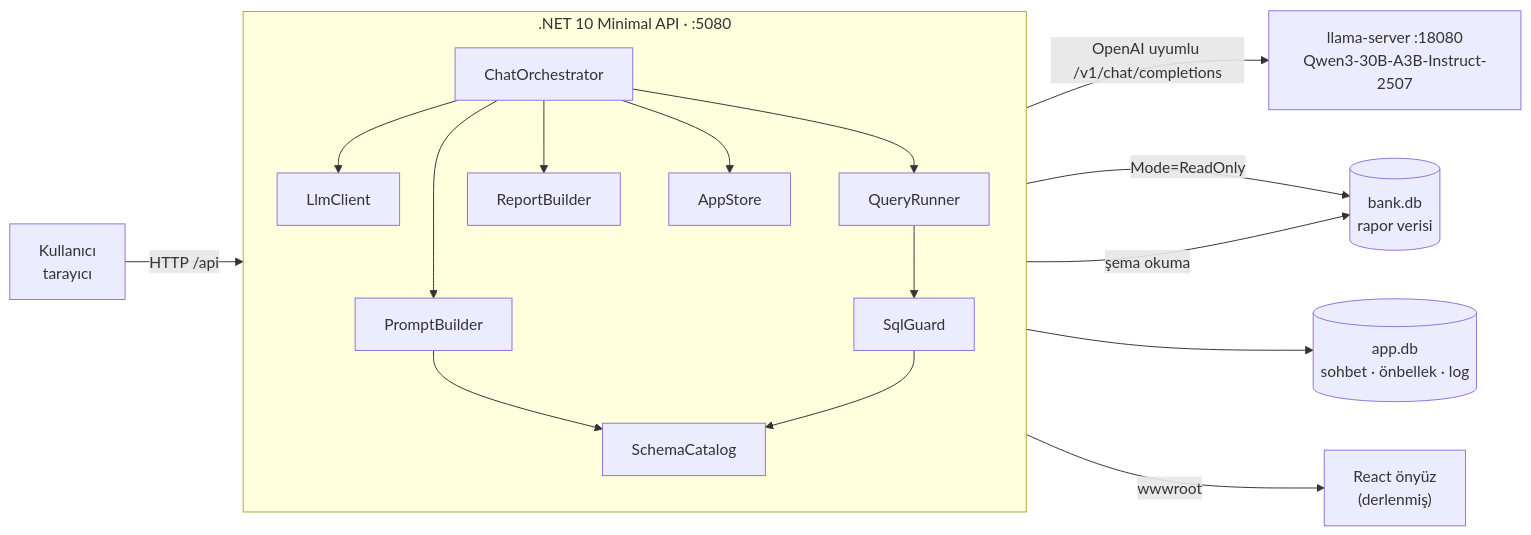
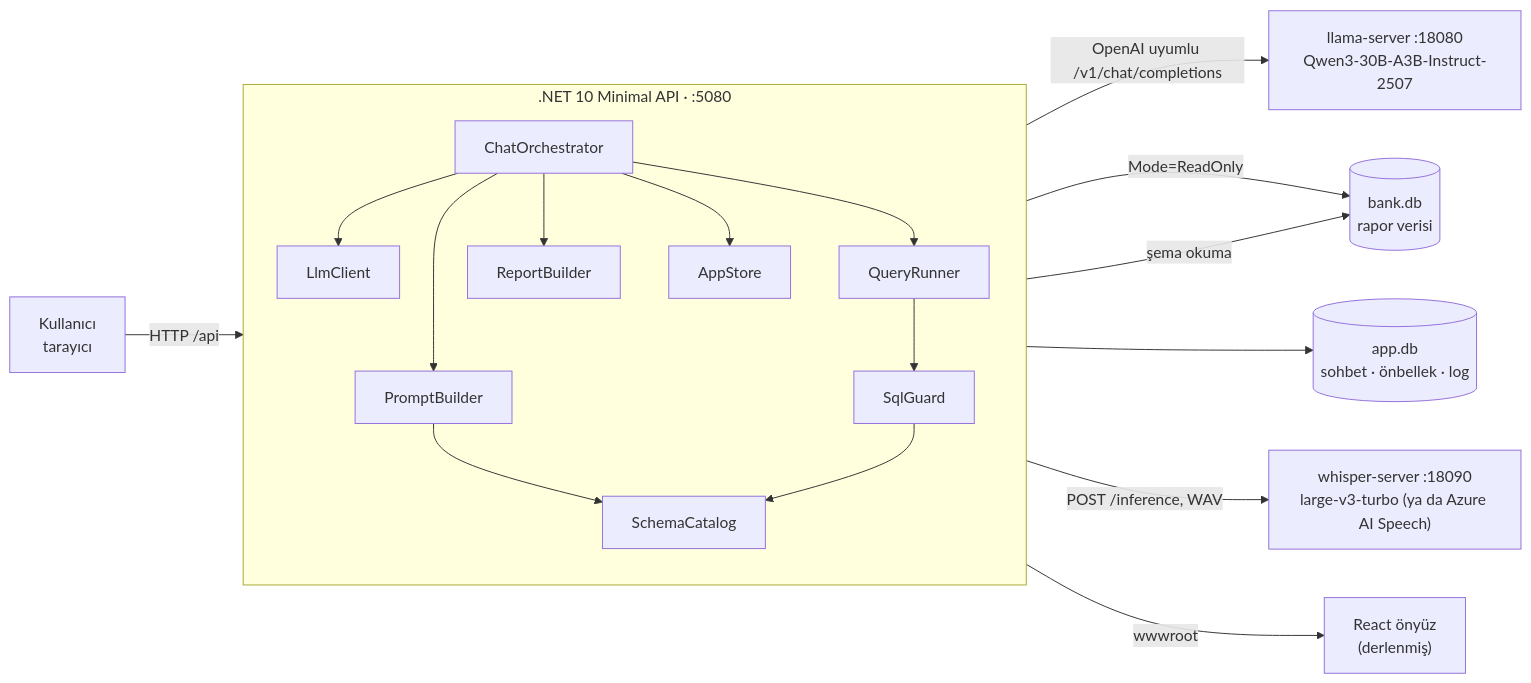
One commit to nevzatalkan/Dialog360 changed the first of 3 diagrams in docs/ARCHITECTURE.md. Above: the diagram before and after it, drawn with Mermaid. The commit also changed other lines of this file and 17 other files, not shown here.

First line of the commit message:
Sesle soru (yerel Whisper / Azure Speech) ve güncel dokümanlar

````diff
--- a/docs/ARCHITECTURE.md
+++ b/docs/ARCHITECTURE.md
@@ -44,26 +44,27 @@
 ```mermaid
 flowchart LR
     U[Kullanıcı<br/>tarayıcı] -->|HTTP /api| API
 
     subgraph API[".NET 10 Minimal API · :5080"]
         direction TB
         ORC[ChatOrchestrator]
         PB[PromptBuilder]
         LLMC[LlmClient]
         GUARD[SqlGuard]
         RUN[QueryRunner]
         RB[ReportBuilder]
         CAT[SchemaCatalog]
         STORE[AppStore]
         ORC --> PB & LLMC & RUN & RB & STORE
         RUN --> GUARD
         PB --> CAT
         GUARD --> CAT
     end
 
+    API -->|POST /inference, WAV| STT["whisper-server :18090<br/>large-v3-turbo (ya da Azure AI Speech)"]
     LLMC -->|OpenAI uyumlu /v1/chat/completions| LLM["llama-server :18080<br/>Qwen3-30B-A3B-Instruct-2507"]
     RUN -->|Mode=ReadOnly| BANK[("bank.db<br/>rapor verisi")]
     CAT -->|şema okuma| BANK
     STORE --> APP[("app.db<br/>sohbet · önbellek · log")]
     API -->|wwwroot| WEB["React önyüz<br/>(derlenmiş)"]
 ```
````
